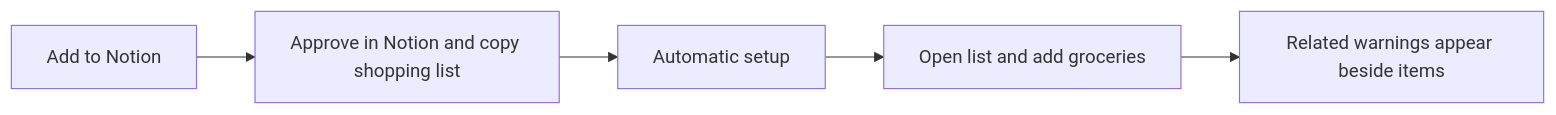
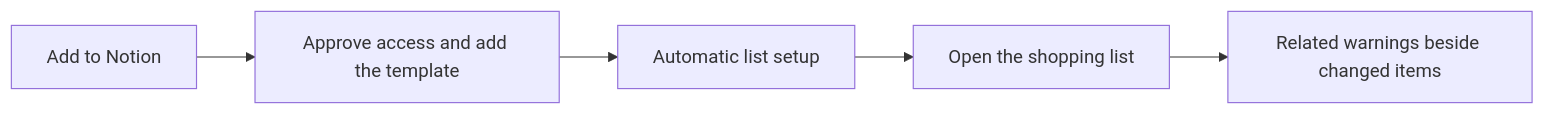
The diagram in docs/notion-installation-plan.md (anthonyhumphreys/eat-or-yeet), drawn with Mermaid before and after one commit. The commit also changed other lines of this file and 12 other files, not shown here.

Commit message:
Wire Notion customer flow to hosted routes

````diff
--- a/docs/notion-installation-plan.md
+++ b/docs/notion-installation-plan.md
@@ -11,7 +13,7 @@
 ```mermaid
 flowchart LR
-    Add[Add to Notion] --> Consent[Approve in Notion and copy shopping list]
-    Consent --> Setup[Automatic setup]
-    Setup --> List[Open list and add groceries]
-    List --> Reviews[Related warnings appear beside items]
+    Add[Add to Notion] --> Consent[Approve access and add the template]
+    Consent --> Setup[Automatic list setup]
+    Setup --> List[Open the shopping list]
+    List --> Review[Related warnings beside changed items]
 ```
````
